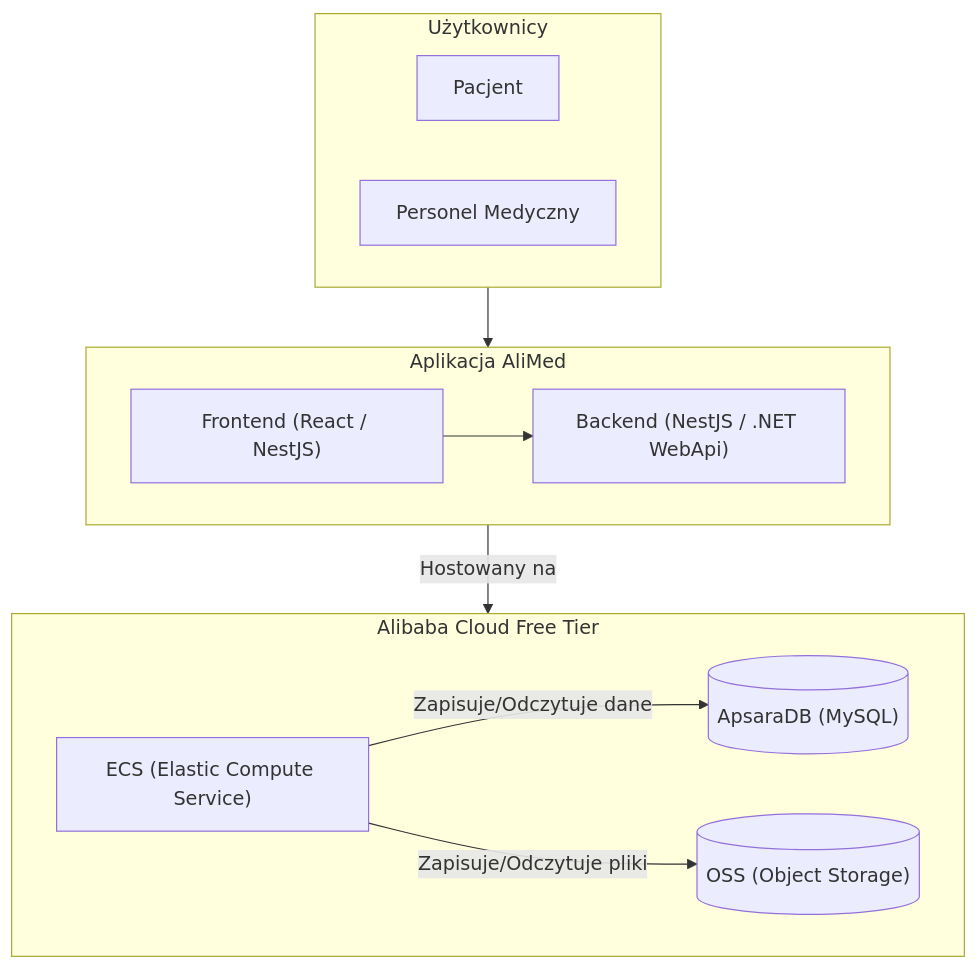
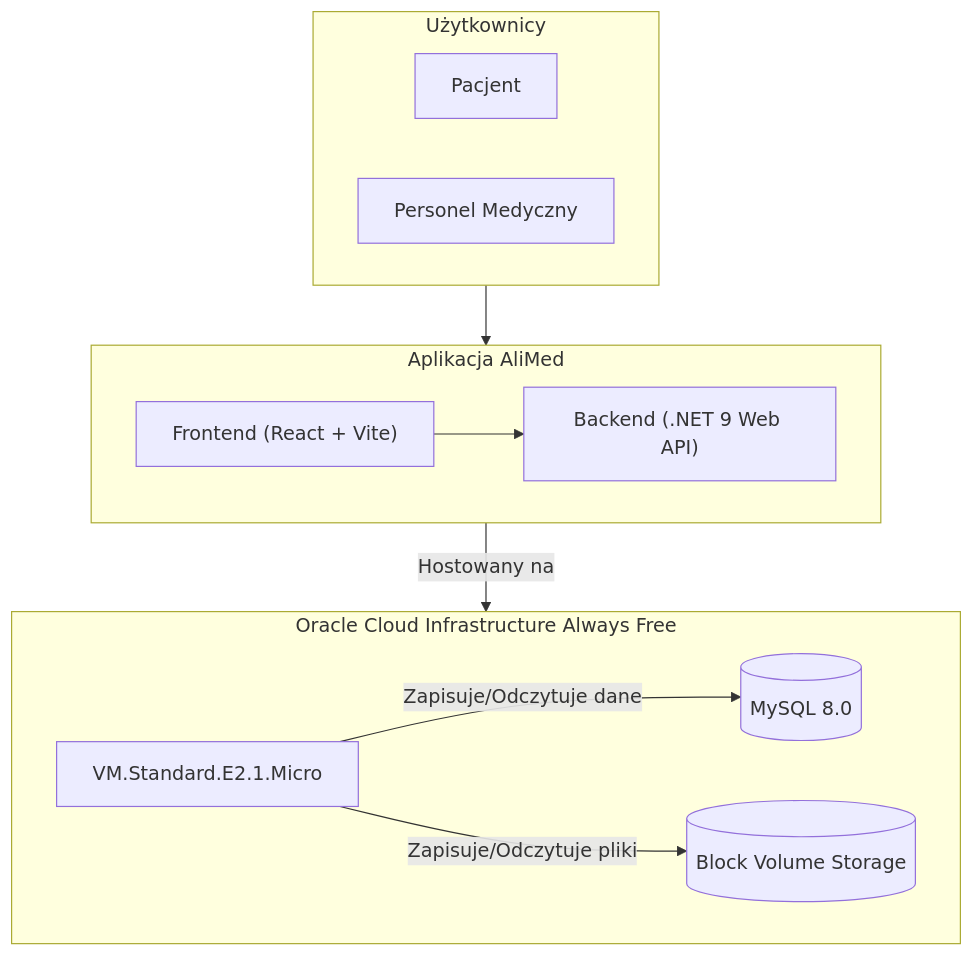
One commit to WSB-University-Problem-Based-Learning/AliMed changed the diagram in README.md. Above: the diagram before and after it, drawn with Mermaid. The commit also changed other lines of this file and 15 other files, not shown here.

First line of the commit message:
fix: login redirect, dokumenty API, Oracle Cloud docs

````diff
--- a/README.md
+++ b/README.md
@@ -88,27 +88,27 @@
 ```mermaid
 flowchart TD
     subgraph User["Użytkownicy"]
         direction LR
         Patient["Pacjent"]
         Staff["Personel Medyczny"]
     end
 
     subgraph AliMedApp["Aplikacja AliMed"]
         direction LR
-        Frontend["Frontend (React / NestJS)"]
-        Backend["Backend (NestJS / .NET WebApi)"]
+        Frontend["Frontend (React + Vite)"]
+        Backend["Backend (.NET 9 Web API)"]
     end
 
-    subgraph AlibabaCloud [Alibaba Cloud Free Tier]
+    subgraph OracleCloud [Oracle Cloud Infrastructure Always Free]
         direction LR
-        ECS["ECS (Elastic Compute Service)"]
-        DB[("ApsaraDB (MySQL)")]
-        OSS[("OSS (Object Storage)")]
+        VM["VM.Standard.E2.1.Micro"]
+        DB[("MySQL 8.0")]
+        BlockStorage[("Block Volume Storage")]
     end
 
     User --> Frontend
     Frontend --> Backend
-    Backend -- Hostowany na --> ECS
-    ECS -- Zapisuje/Odczytuje dane --> DB
-    ECS -- Zapisuje/Odczytuje pliki --> OSS
+    Backend -- Hostowany na --> VM
+    VM -- Zapisuje/Odczytuje dane --> DB
+    VM -- Zapisuje/Odczytuje pliki --> BlockStorage
 ```
````
